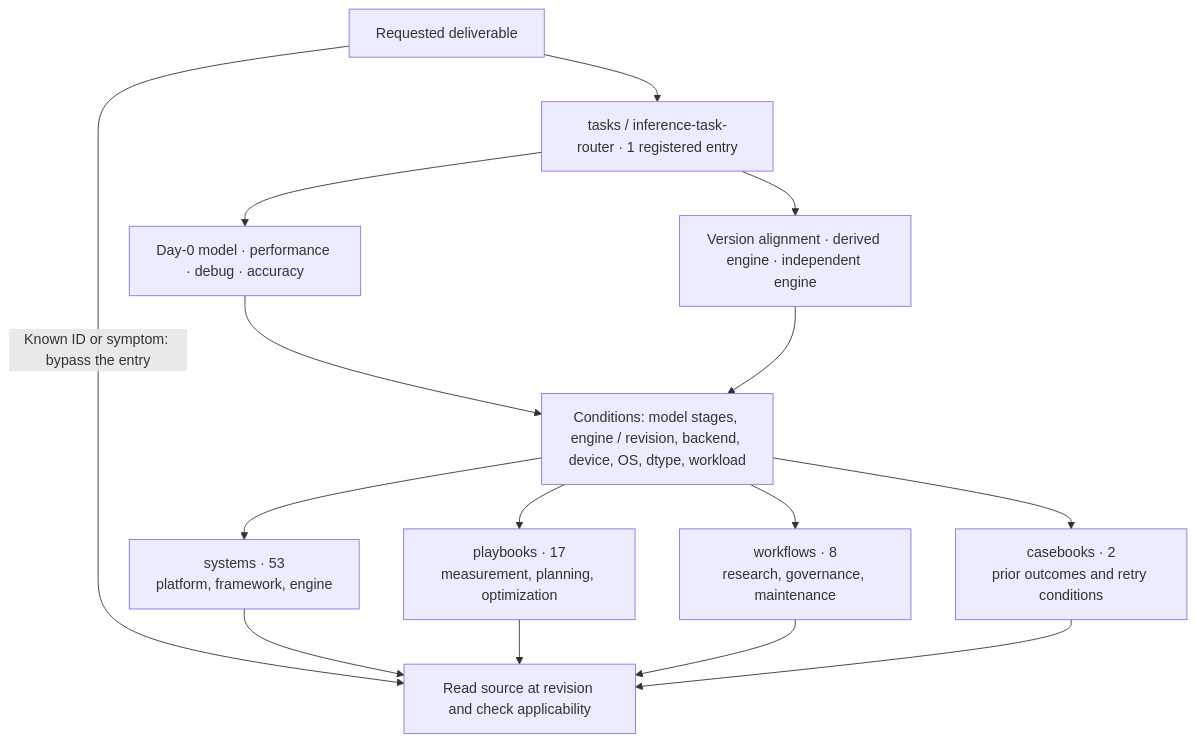
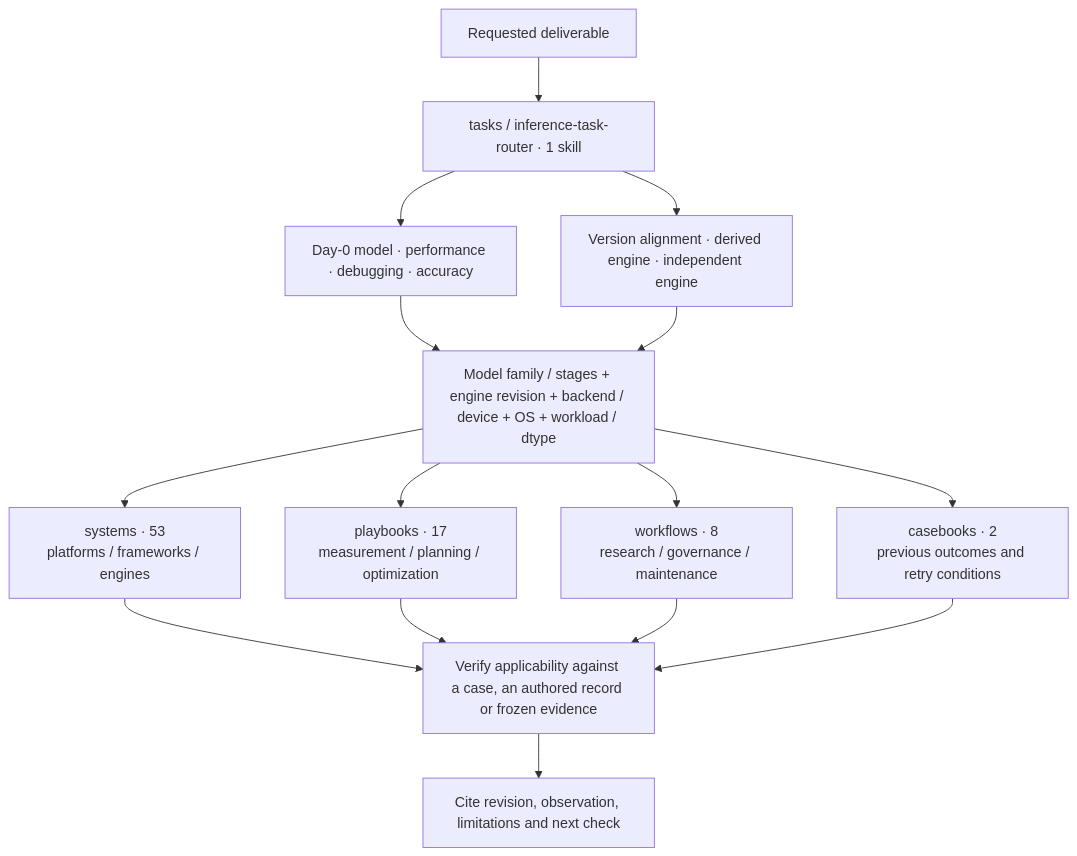
Before and after one commit to InferMatrixLab/InferRSI: the first of 4 diagrams in docs/knowledge-layout.md, drawn with Mermaid. The commit also changed other lines of this file and 185 other files, not shown here.

Commit message:
Unify knowledge resources under skill_library and assemble catalog views on read

````diff
--- a/docs/knowledge-layout.md
+++ b/docs/knowledge-layout.md
@@ -9,17 +7,14 @@
 ```mermaid
 flowchart TB
-    A["Requested deliverable"] --> T["tasks / inference-task-router · 1 registered entry"]
-    A -->|Known ID or symptom: bypass the entry| E["Read source at revision and check applicability"]
-    T --> R1["Day-0 model · performance · debug · accuracy"]
-    T --> R2["Version alignment · derived engine · independent engine"]
-    R1 --> C["Conditions: model stages, engine / revision, backend, device, OS, dtype, workload"]
-    R2 --> C
-    C --> S["systems · 53<br/>platform, framework, engine"]
-    C --> P["playbooks · 17<br/>measurement, planning, optimization"]
-    C --> W["workflows · 8<br/>research, governance, maintenance"]
-    C --> B["casebooks · 2<br/>prior outcomes and retry conditions"]
-    S --> E
-    P --> E
-    W --> E
-    B --> E
+    Q["Requested deliverable"] --> R["tasks / inference-task-router · 1 skill"]
+    R --> A["Day-0 model · performance · debugging · accuracy"]
+    R --> B["Version alignment · derived engine · independent engine"]
+    A --> C["Model family / stages + engine revision + backend / device + OS + workload / dtype"]
+    B --> C
+    C --> S["systems · 53<br/>platforms / frameworks / engines"]
+    C --> P["playbooks · 17<br/>measurement / planning / optimization"]
+    C --> W["workflows · 8<br/>research / governance / maintenance"]
+    C --> K["casebooks · 2<br/>previous outcomes and retry conditions"]
+    S & P & W & K --> E["Verify applicability against a case, an authored record or frozen evidence"]
+    E --> O["Cite revision, observation, limitations and next check"]
 ```
````
